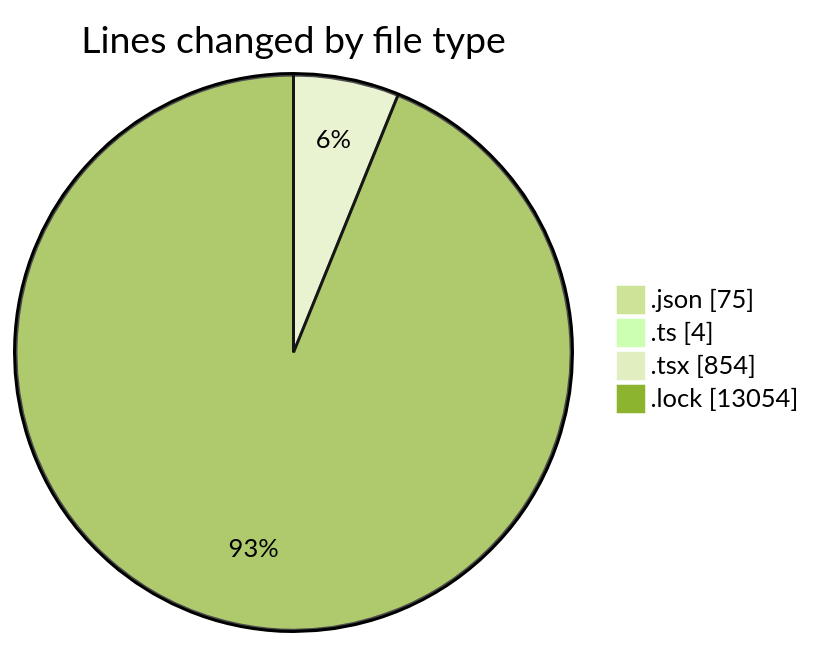
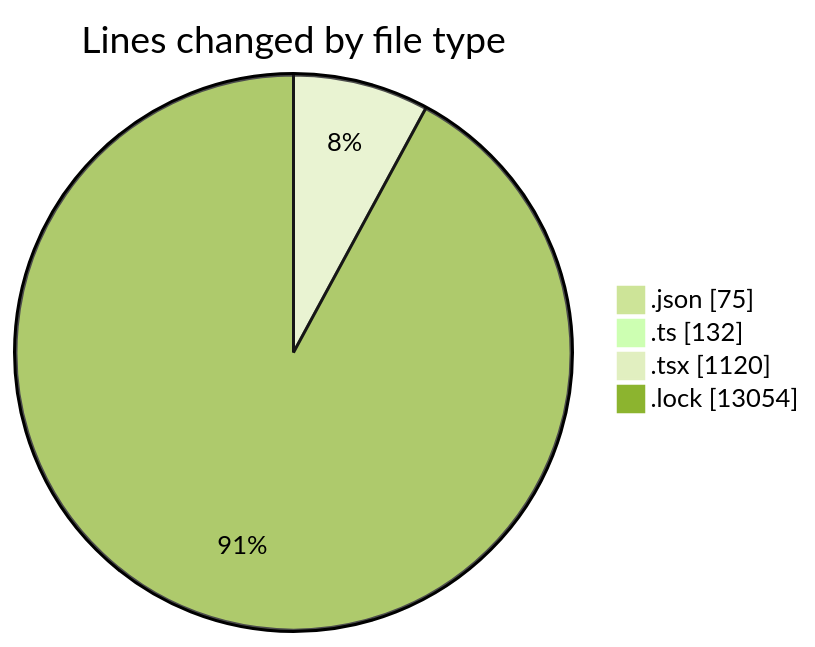
The first of 2 diagrams in 2025-05-07/cda/README.md (momahboobian/code-tracking), drawn with Mermaid (forest theme) before and after one commit. The commit also changed other lines of this file and 1 other file, not shown here.

````diff
--- a/2025-05-07/cda/README.md
+++ b/2025-05-07/cda/README.md
@@ -32,8 +35,8 @@
 ```mermaid
 pie showData
 title Lines changed by file type
 ".json" : 75
-".ts" : 4
-".tsx" : 854
+".ts" : 132
+".tsx" : 1120
 ".lock" : 13054
 ```
````
